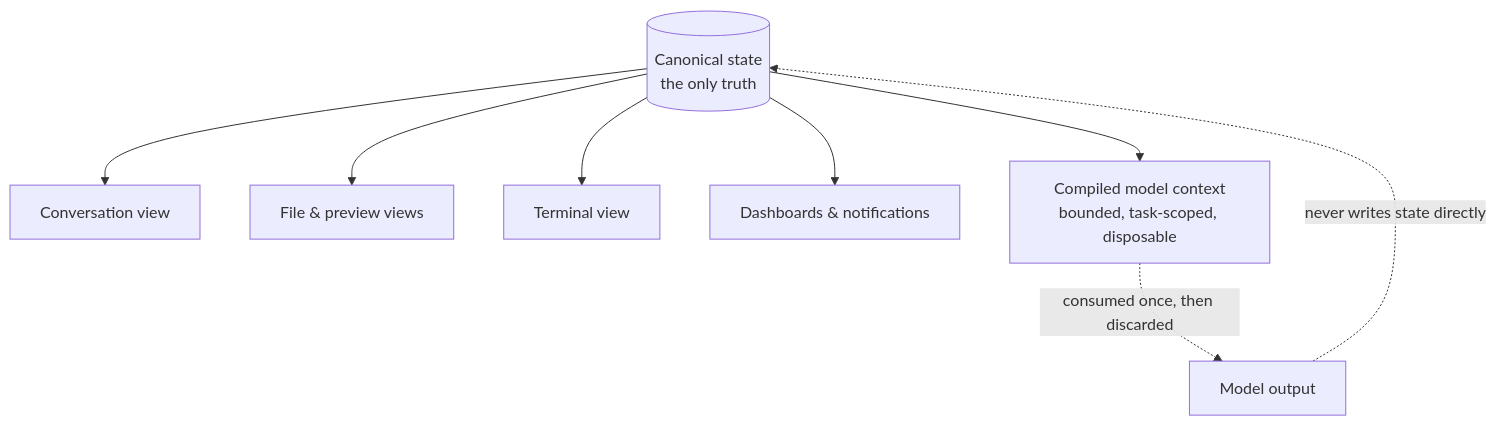
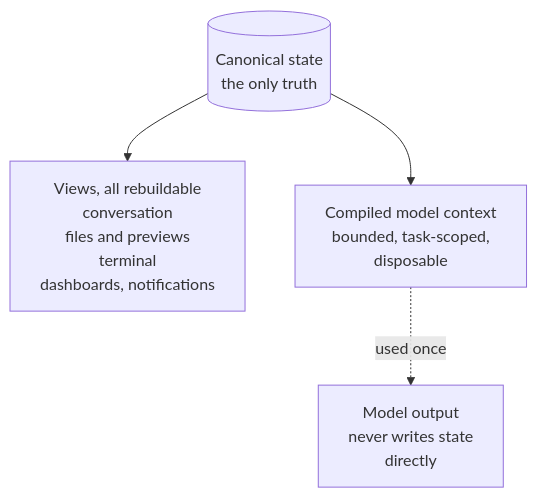
The diagram in assets/diagrams/src/paper/stateware-whitepaper-candidate-v1-2-03.mmd (lennertvhoy/StatePort-Site), drawn with Mermaid before and after one commit. The commit also changed 15 other files, not shown here.

First line of the commit message:
papers: phone-readable static diagrams for the earlier 1.2 draft; keep Publication note label

```diff
--- a/assets/diagrams/src/paper/stateware-whitepaper-candidate-v1-2-03.mmd
+++ b/assets/diagrams/src/paper/stateware-whitepaper-candidate-v1-2-03.mmd
@@ -1,9 +1,10 @@
 flowchart TB
-    S[(Canonical state<br/>the only truth)]
-    S --> CV[Conversation view]
-    S --> FV[File & preview views]
-    S --> TV[Terminal view]
-    S --> DV[Dashboards & notifications]
-    S --> CX[Compiled model context<br/>bounded, task-scoped, disposable]
-    CX -.->|consumed once, then discarded| OUT[Model output]
-    OUT -.->|never writes state directly| S
+    accTitle: Canonical state is the only truth; everything else is a projection
+    accDescr: Canonical state is the only truth. The conversation, file and preview, terminal, and dashboard views, and a compiled model context, are all derived from it. The model context is bounded, task-scoped, and disposable; it is consumed once and discarded. Model output never writes state directly.
+    S[("Canonical state<br/>the only truth")]
+    VIEWS["Views, all rebuildable<br/>conversation<br/>files and previews<br/>terminal<br/>dashboards, notifications"]
+    CX["Compiled model context<br/>bounded, task-scoped,<br/>disposable"]
+    OUT["Model output<br/>never writes state<br/>directly"]
+    S --> VIEWS
+    S --> CX
+    CX -.->|"used once"| OUT
```
